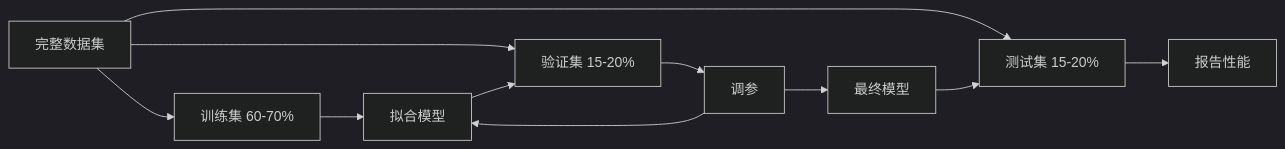
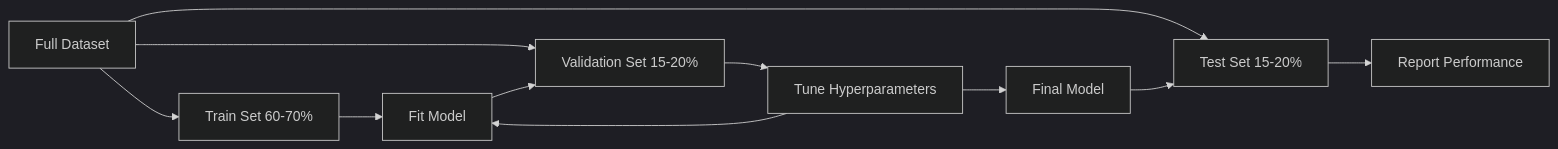
The first of 2 diagrams in i18n/zh/phases/02-ml-fundamentals/09-model-evaluation/docs/zh.md (xiaojiaenen/ai-engineering-from-scratch-zh), drawn with Mermaid (dark theme) before and after one commit. The commit also changed other lines of this file and 18 other files, not shown here.

````diff
--- a/i18n/zh/phases/02-ml-fundamentals/09-model-evaluation/docs/zh.md
+++ b/i18n/zh/phases/02-ml-fundamentals/09-model-evaluation/docs/zh.md
@@ -29,13 +29,13 @@
 ```mermaid
 flowchart LR
-    A[完整数据集] --> B[训练集 60-70%]
-    A --> C[验证集 15-20%]
-    A --> D[测试集 15-20%]
-    B --> E[拟合模型]
+    A[Full Dataset] --> B[Train Set 60-70%]
+    A --> C[Validation Set 15-20%]
+    A --> D[Test Set 15-20%]
+    B --> E[Fit Model]
     E --> C
-    C --> F[调参]
+    C --> F[Tune Hyperparameters]
     F --> E
-    F --> G[最终模型]
+    F --> G[Final Model]
     G --> D
-    D --> H[报告性能]
+    D --> H[Report Performance]
 ```
````
